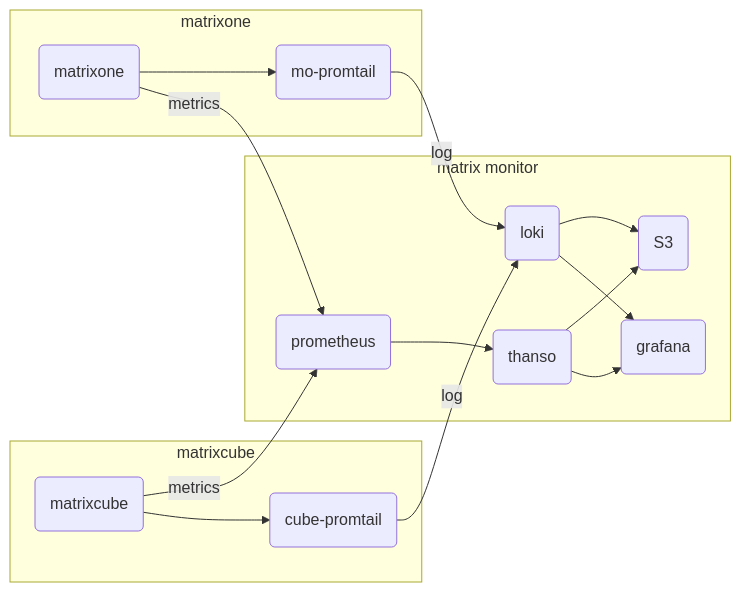
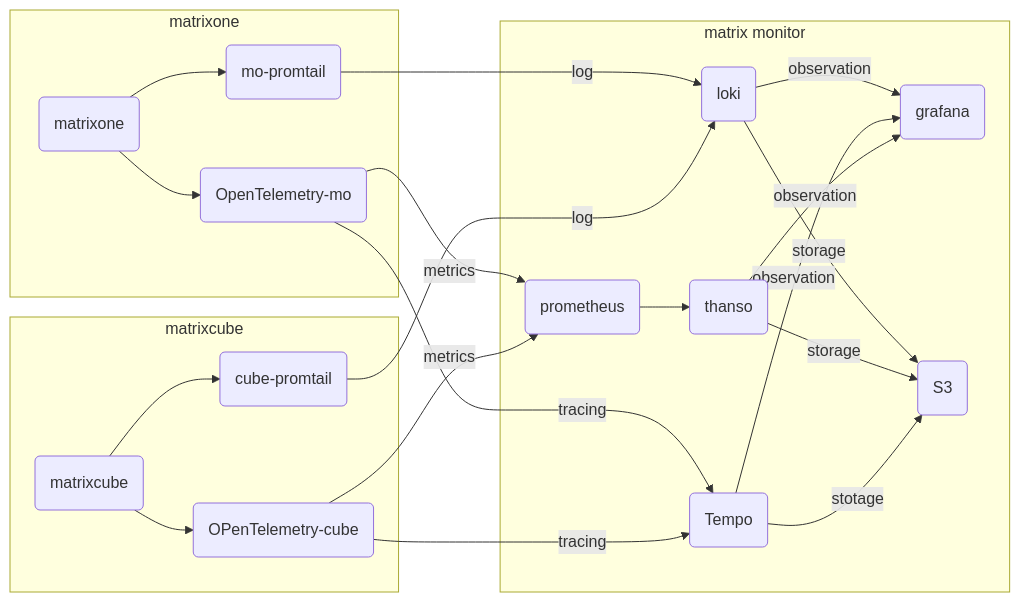
One commit to matrixorigin/matrixone-operator changed the fifth of 5 diagrams in docs/architecture.md. Above: the diagram before and after it, drawn with Mermaid. The commit also changed other lines of this file, not shown here.

Commit message:
add tempo

````diff
--- a/docs/architecture.md
+++ b/docs/architecture.md
@@ -53,28 +53,35 @@
 ```mermaid
 flowchart LR
 l1(matrixone)
 l2(matrixcube)
 l3(loki)
 l4(prometheus)
 l5(grafana)
 l6(S3)
 l7(thanso )
 l8(mo-promtail)
 l9(cube-promtail)
+d1(Tempo)
+d2(OpenTelemetry-mo)
+d3(OPenTelemetry-cube)
     subgraph matrix monitor
-    l3 --> l6
-    l3 --> l5
-    l7 --> l6
-    l4 --> l7 --> l5
+    l3 -- storage --> l6
+    l7 -- storage --> l6
+    d1 -- stotage --> l6
+    l3 -- observation --> l5
+    d1 -- observation --> l5
+    l4 --> l7 -- observation --> l5
     end
 
     subgraph matrixone
     l1  --> l8 -- log --> l3
-    l1  -- metrics --> l4
+    l1  --> d2--  metrics --> l4
+    d2 -- tracing --> d1
     end
 
     subgraph matrixcube
-    l2 -- metrics --> l4
+    l2 --> d3 -- tracing --> d1
+    d3 -- metrics --> l4
     l2 --> l9  -- log --> l3
     end
 ```
````
